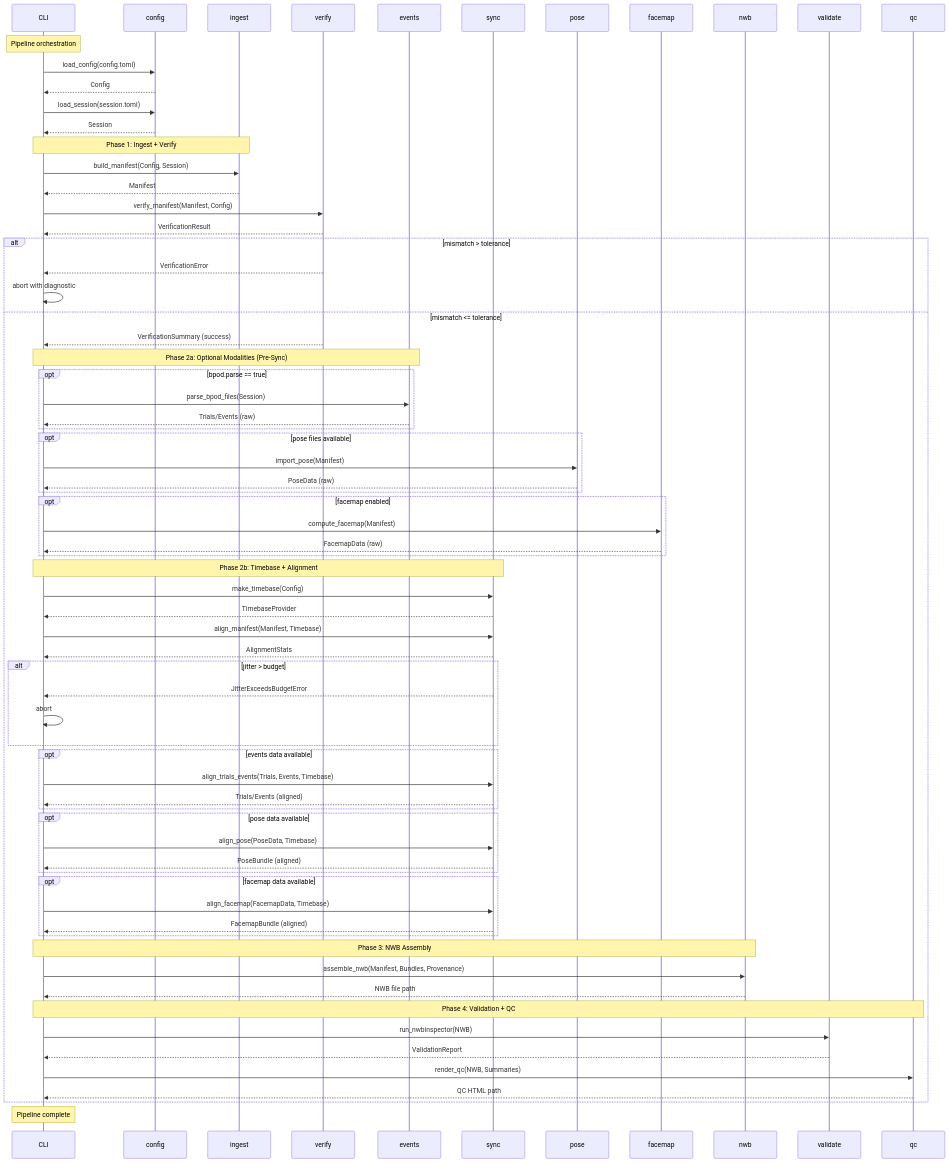
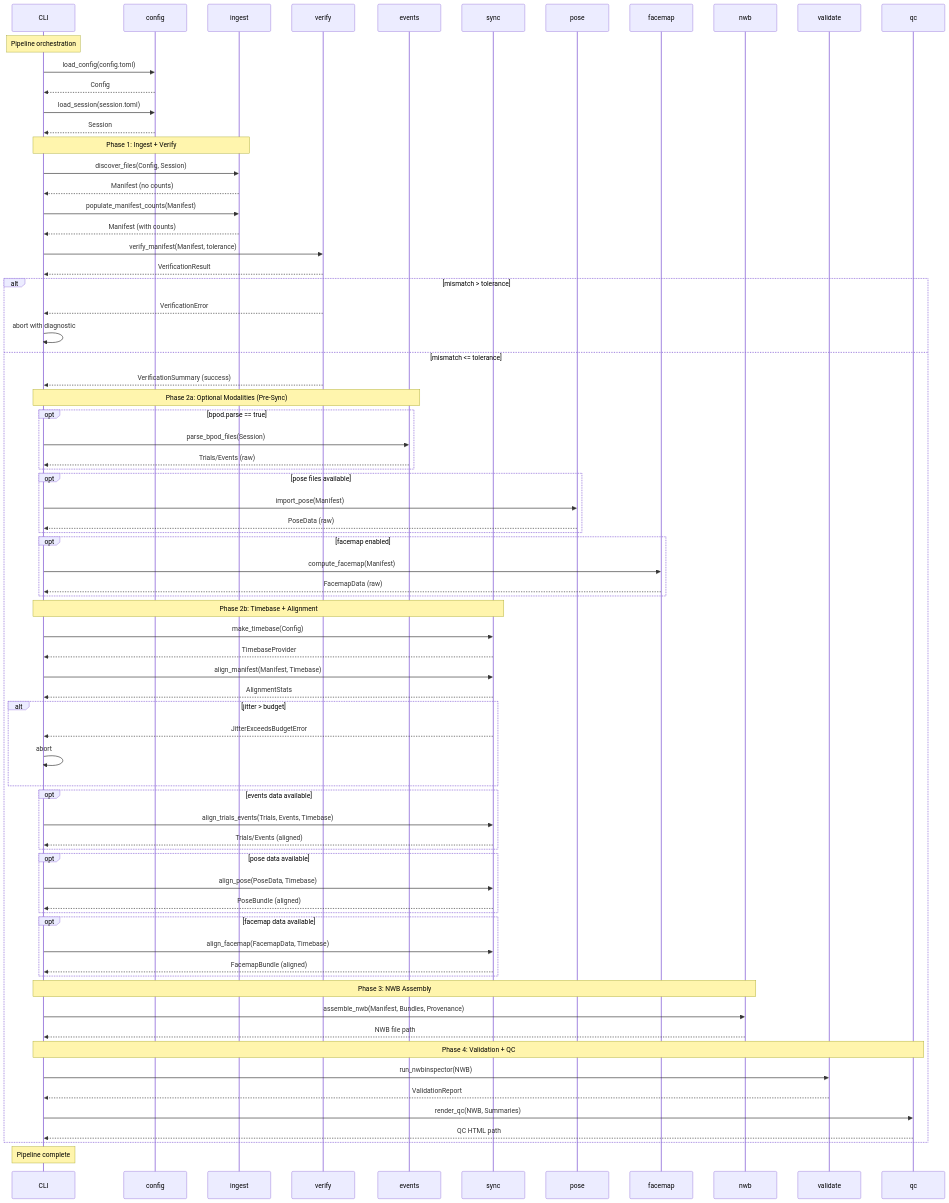
One commit to BorjaEst/w2t-bkin changed the third of 3 diagrams in design.md. Above: the diagram before and after it, drawn with Mermaid. The commit also changed other lines of this file, not shown here.

Commit message:
feat: Enhance module responsibilities and clarify manifest workflow in design documentation

```diff
--- a/design.md
+++ b/design.md
@@ -335,9 +275,11 @@
   config-->>CLI: Session
 
   Note over CLI,ingest: Phase 1: Ingest + Verify
-  CLI->>ingest: build_manifest(Config, Session)
-  ingest-->>CLI: Manifest
-  CLI->>verify: verify_manifest(Manifest, Config)
+  CLI->>ingest: discover_files(Config, Session)
+  ingest-->>CLI: Manifest (no counts)
+  CLI->>ingest: populate_manifest_counts(Manifest)
+  ingest-->>CLI: Manifest (with counts)
+  CLI->>verify: verify_manifest(Manifest, tolerance)
   verify-->>CLI: VerificationResult
 
   alt mismatch > tolerance
```
